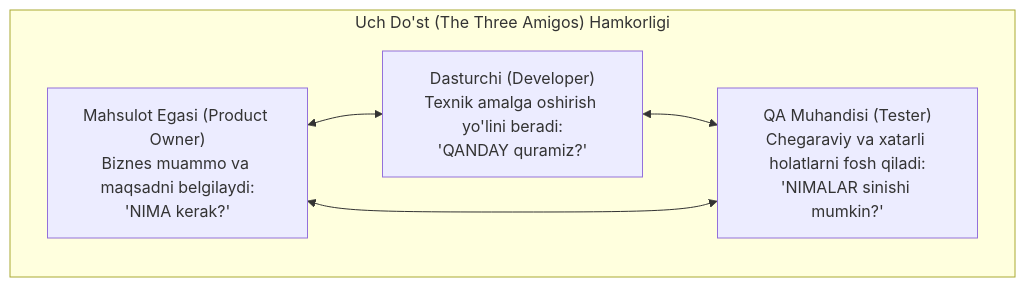
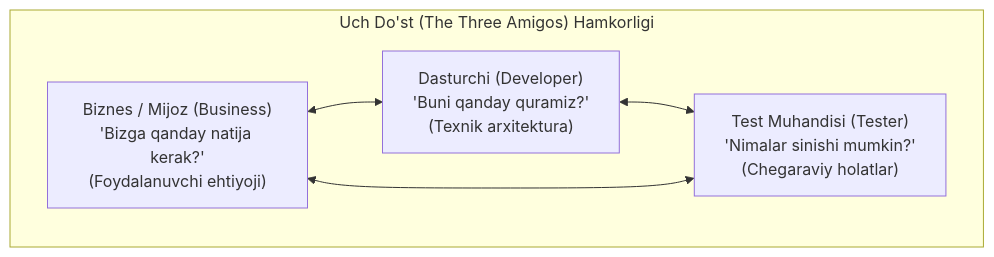
Before and after one commit to Ergashov15/qa-uzbekistan: the first of 4 diagrams in app/docs/software-testing/acceptance-test-driven-development/page.mdx, drawn with Mermaid. The commit also changed other lines of this file and 3 other files, not shown here.

Commit message:
feat: translate and update ATDD page and navigation to Uzbek with diagrams

````diff
--- a/app/docs/software-testing/acceptance-test-driven-development/page.mdx
+++ b/app/docs/software-testing/acceptance-test-driven-development/page.mdx
@@ -15,11 +9,11 @@
 ```mermaid
 flowchart TD
     subgraph ThreeAmigos ["Uch Do'st (The Three Amigos) Hamkorligi"]
-        PO["Mahsulot Egasi (Product Owner)\nBiznes muammo va maqsadni belgilaydi:\n'NIMA kerak?'"]
-        DEV["Dasturchi (Developer)\nTexnik amalga oshirish yo'lini beradi:\n'QANDAY quramiz?'"]
-        QA["QA Muhandisi (Tester)\nChegaraviy va xatarli holatlarni fosh qiladi:\n'NIMALAR sinishi mumkin?'"]
+        BIZ["Biznes / Mijoz (Business)\n'Bizga qanday natija kerak?'\n(Foydalanuvchi ehtiyoji)"]
+        DEV["Dasturchi (Developer)\n'Buni qanday quramiz?'\n(Texnik arxitektura)"]
+        QA["Test Muhandisi (Tester)\n'Nimalar sinishi mumkin?'\n(Chegaraviy holatlar)"]
     end
-    PO <--> DEV
+    BIZ <--> DEV
     DEV <--> QA
-    QA <--> PO
+    QA <--> BIZ
 ```
````
